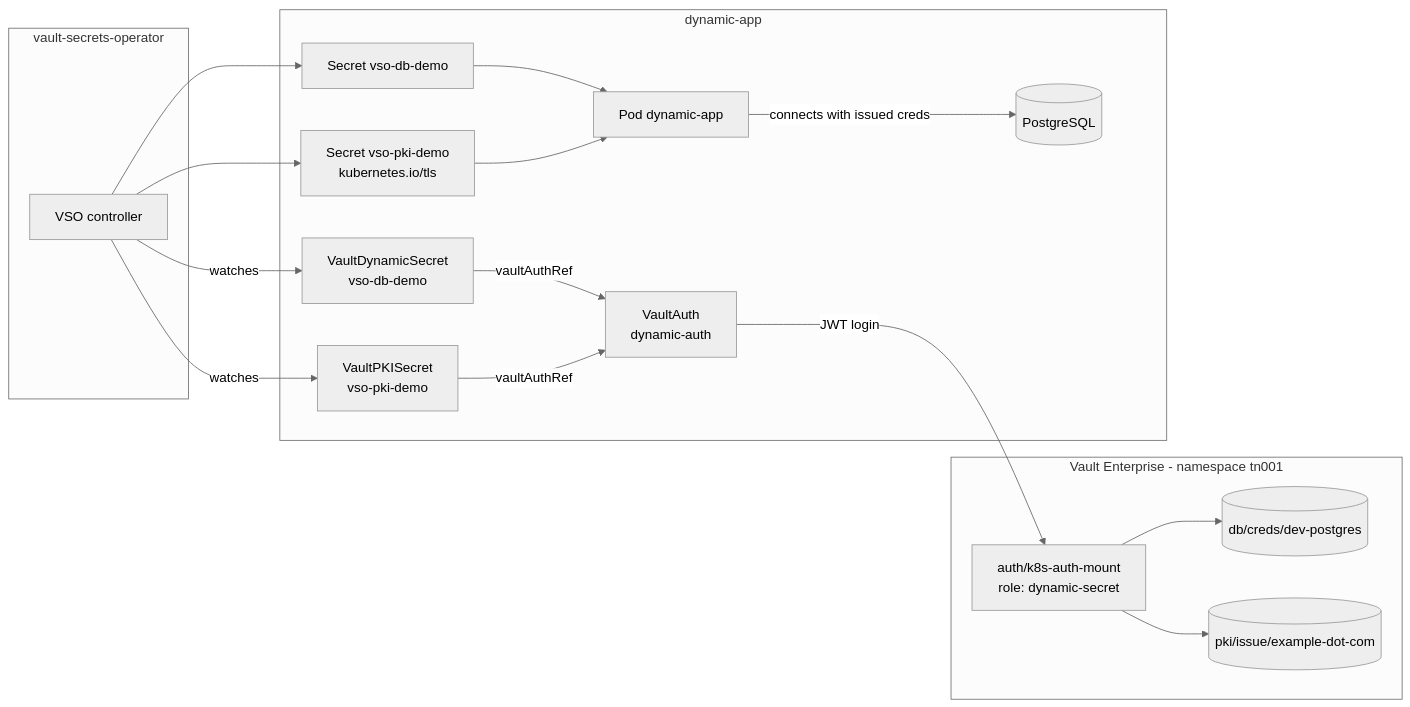
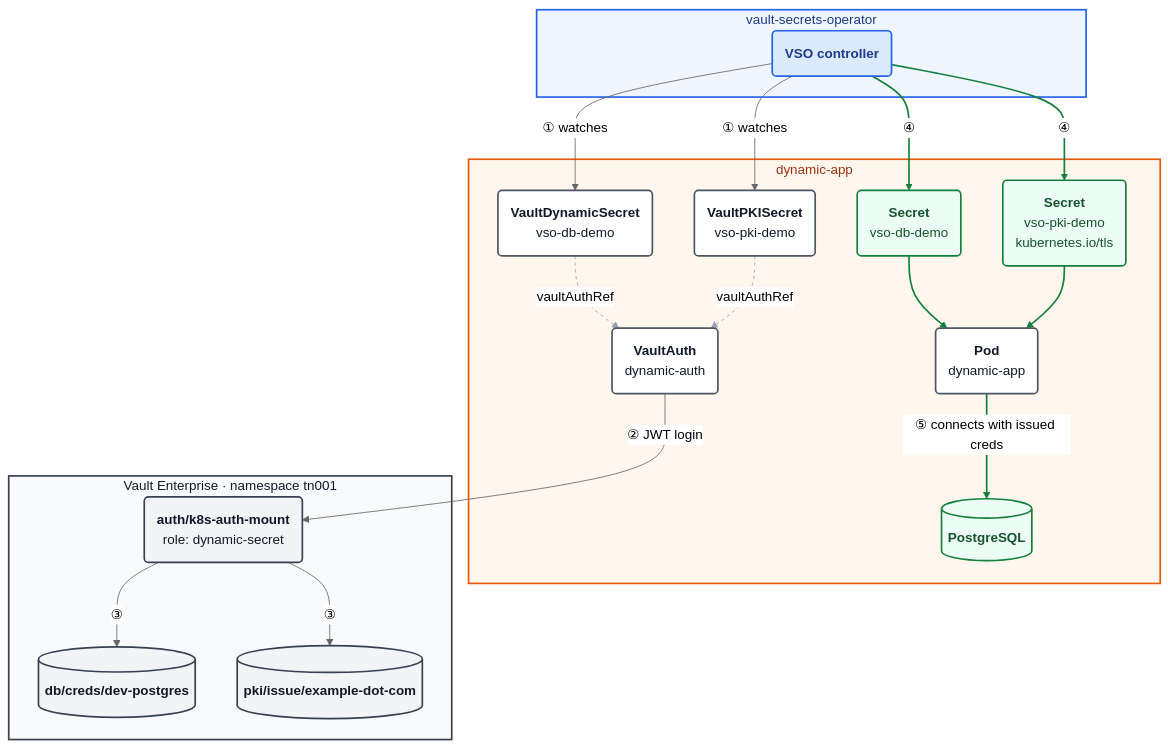
The diagram in docs/dynamic-secrets.md (nhsy-hcp/learn-vault-secrets-operator), drawn with Mermaid (neutral theme) before and after one commit. The commit also changed other lines of this file and 22 other files, not shown here.

Commit message:
feat: upgrade vso to 2.0.0 and issue pki lab certs via cert-manager vaultclusterissuer

````diff
--- a/docs/dynamic-secrets.md
+++ b/docs/dynamic-secrets.md
@@ -12,33 +12,49 @@
 ```mermaid
-flowchart LR
-  subgraph vault["Vault Enterprise - namespace tn001"]
-    DB[("db/creds/dev-postgres")]
-    PKI[("pki/issue/example-dot-com")]
-    ROLE["auth/k8s-auth-mount<br/>role: dynamic-secret"]
+%%{init: {"flowchart": {"wrappingWidth": 300}}}%%
+flowchart TB
+  classDef app fill:#ffffff,stroke:#4b5563,stroke-width:2px,color:#111827
+  classDef vso fill:#dbeafe,stroke:#2563eb,stroke-width:2px,color:#1e3a8a
+  classDef vault fill:#f3f4f6,stroke:#374151,stroke-width:2px,color:#111827
+  classDef out fill:#ecfdf5,stroke:#15803d,stroke-width:2px,color:#14532d
+  classDef k8s fill:#e5e7eb,stroke:#6b7280,stroke-width:2px,color:#111827
+  subgraph app["dynamic-app"]
+    VDS("<b>VaultDynamicSecret</b><br/>vso-db-demo")
+    VPS("<b>VaultPKISecret</b><br/>vso-pki-demo")
+    VA("<b>VaultAuth</b><br/>dynamic-auth")
+    SDB("<b>Secret</b><br/>vso-db-demo")
+    STLS("<b>Secret</b><br/>vso-pki-demo<br/>kubernetes.io/tls")
+    POD("<b>Pod</b><br/>dynamic-app")
+    PG[("<b>PostgreSQL</b>")]
   end
 
   subgraph vso["vault-secrets-operator"]
-    OP["VSO controller"]
+    OP("<b>VSO controller</b>")
   end
 
-  subgraph app["dynamic-app"]
-    VA["VaultAuth<br/>dynamic-auth"]
-    VDS["VaultDynamicSecret<br/>vso-db-demo"]
-    VPS["VaultPKISecret<br/>vso-pki-demo"]
-    SDB["Secret vso-db-demo"]
-    STLS["Secret vso-pki-demo<br/>kubernetes.io/tls"]
-    POD["Pod dynamic-app"]
-    PG[("PostgreSQL")]
+  subgraph vault["Vault Enterprise · namespace tn001"]
+    ROLE("<b>auth/k8s-auth-mount</b><br/>role: dynamic-secret")
+    DB[("<b>db/creds/dev-postgres</b>")]
+    PKI[("<b>pki/issue/example-dot-com</b>")]
   end
 
-  VDS -->|vaultAuthRef| VA
-  VPS -->|vaultAuthRef| VA
-  OP -->|watches| VDS
-  OP -->|watches| VPS
-  VA -->|JWT login| ROLE
-  ROLE --> DB
-  ROLE --> PKI
-  OP --> SDB --> POD
-  OP --> STLS --> POD
-  POD -->|connects with issued creds| PG
+  VDS -.->|vaultAuthRef| VA
+  VPS -.->|vaultAuthRef| VA
+  OP -->|① watches| VDS
+  OP -->|① watches| VPS
+  VA -->|② JWT login| ROLE
+  ROLE -->|③| DB
+  ROLE -->|③| PKI
+  OP -->|④| SDB --> POD
+  OP -->|④| STLS --> POD
+  POD ==>|⑤ connects with issued creds| PG
+
+  class VDS,VPS,VA,POD app
+  class OP vso
+  class ROLE,DB,PKI vault
+  class SDB,STLS,PG out
+  style app fill:#fff7ed,stroke:#ea580c,stroke-width:2px,color:#9a3412
+  style vso fill:#eff6ff,stroke:#2563eb,stroke-width:2px,color:#1e3a8a
+  style vault fill:#f9fafb,stroke:#374151,stroke-width:2px,color:#111827
+  linkStyle 0,1 stroke:#9ca3af,stroke-dasharray:4
+  linkStyle 7,8,9,10,11 stroke:#15803d,stroke-width:2px
 ```
````
